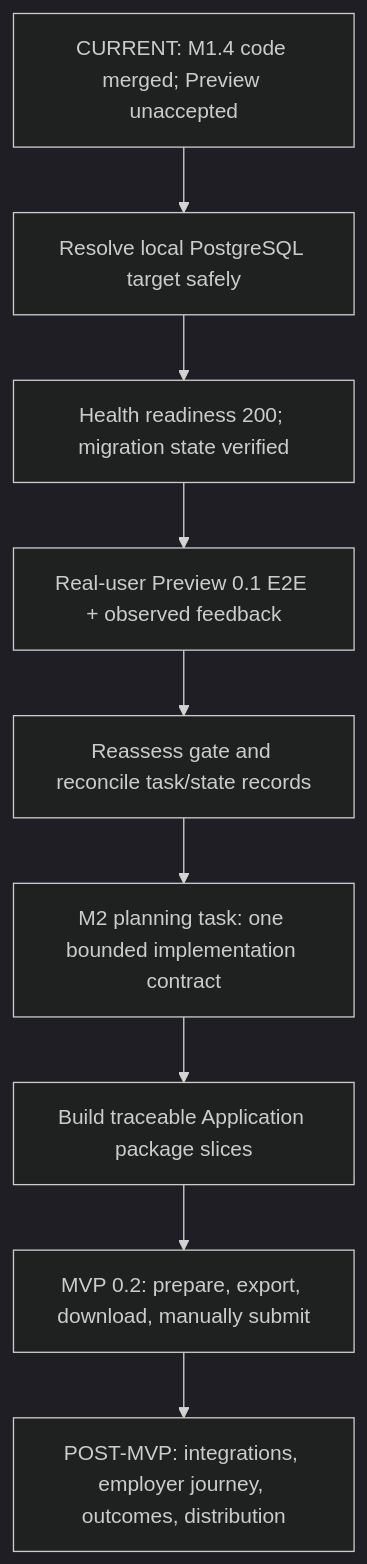
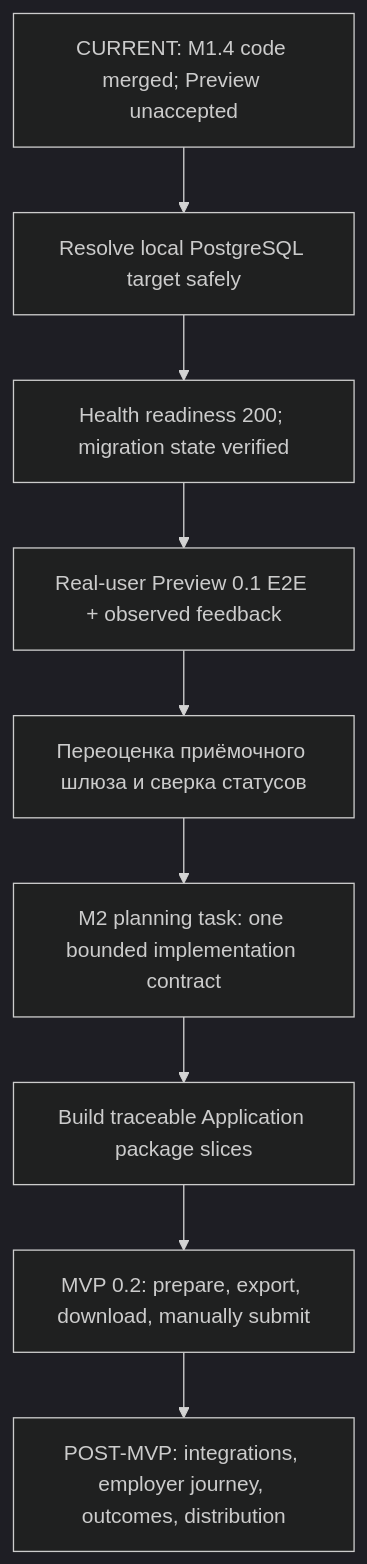
Before and after one commit to filatelist-hitech/CVortex: the second of 3 diagrams in docs/00-Home/PROJECT-STATE-AUDIT-2026-10-03.md, drawn with Mermaid (dark theme). The commit also changed other lines of this file and 42 other files, not shown here.

````diff
--- a/docs/00-Home/PROJECT-STATE-AUDIT-2026-10-03.md
+++ b/docs/00-Home/PROJECT-STATE-AUDIT-2026-10-03.md
@@ -327,11 +327,11 @@
 ```mermaid
 flowchart TD
     A[CURRENT: M1.4 code merged; Preview unaccepted] --> B[Resolve local PostgreSQL target safely]
     B --> C[Health readiness 200; migration state verified]
     C --> D[Real-user Preview 0.1 E2E + observed feedback]
-    D --> E[Reassess gate and reconcile task/state records]
+    D --> E[Переоценка приёмочного шлюза и сверка статусов]
     E --> F[M2 planning task: one bounded implementation contract]
     F --> G[Build traceable Application package slices]
     G --> H[MVP 0.2: prepare, export, download, manually submit]
     H --> I[POST-MVP: integrations, employer journey, outcomes, distribution]
 ```
````
